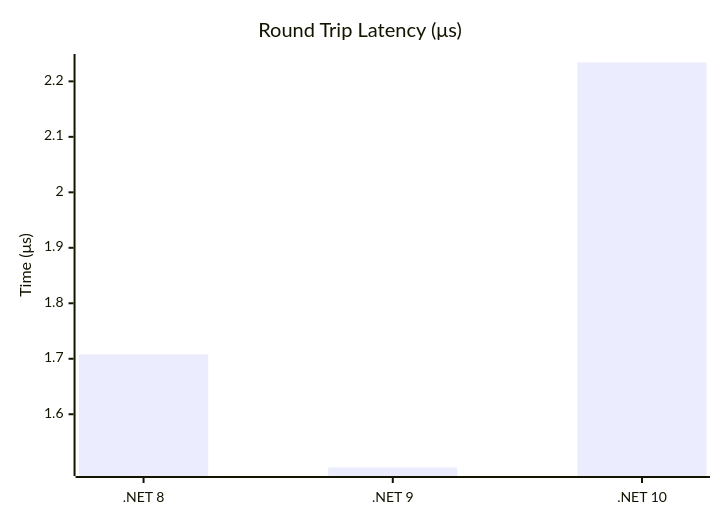
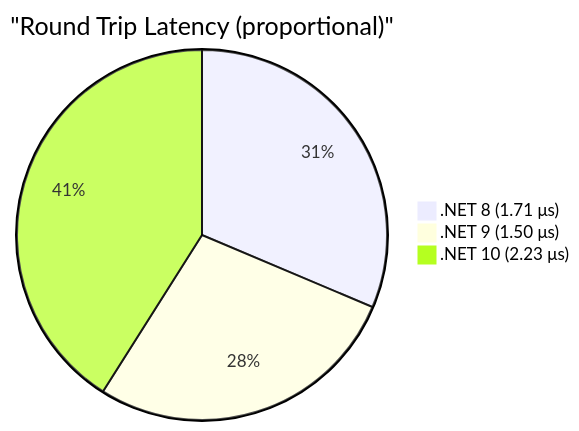
The first of 2 diagrams in Writerside/topics/streaming_and_transport1.md (IsMikeTaken/ProtobuffEncoder), drawn with Mermaid before and after one commit. The commit also changed other lines of this file and 64 other files, not shown here.

````diff
--- a/Writerside/topics/streaming_and_transport1.md
+++ b/Writerside/topics/streaming_and_transport1.md
@@ -17,7 +17,6 @@
 ```mermaid
-xychart-beta
-    title "Round Trip Latency (μs)"
-    x-axis [".NET 8", ".NET 9", ".NET 10"]
-    y-axis "Time (μs)"
-    bar [1.708, 1.504, 2.234]
+pie title "Round Trip Latency (proportional)"
+    ".NET 8 (1.71 μs)" : 1708
+    ".NET 9 (1.50 μs)" : 1504
+    ".NET 10 (2.23 μs)" : 2234
 ```
````
